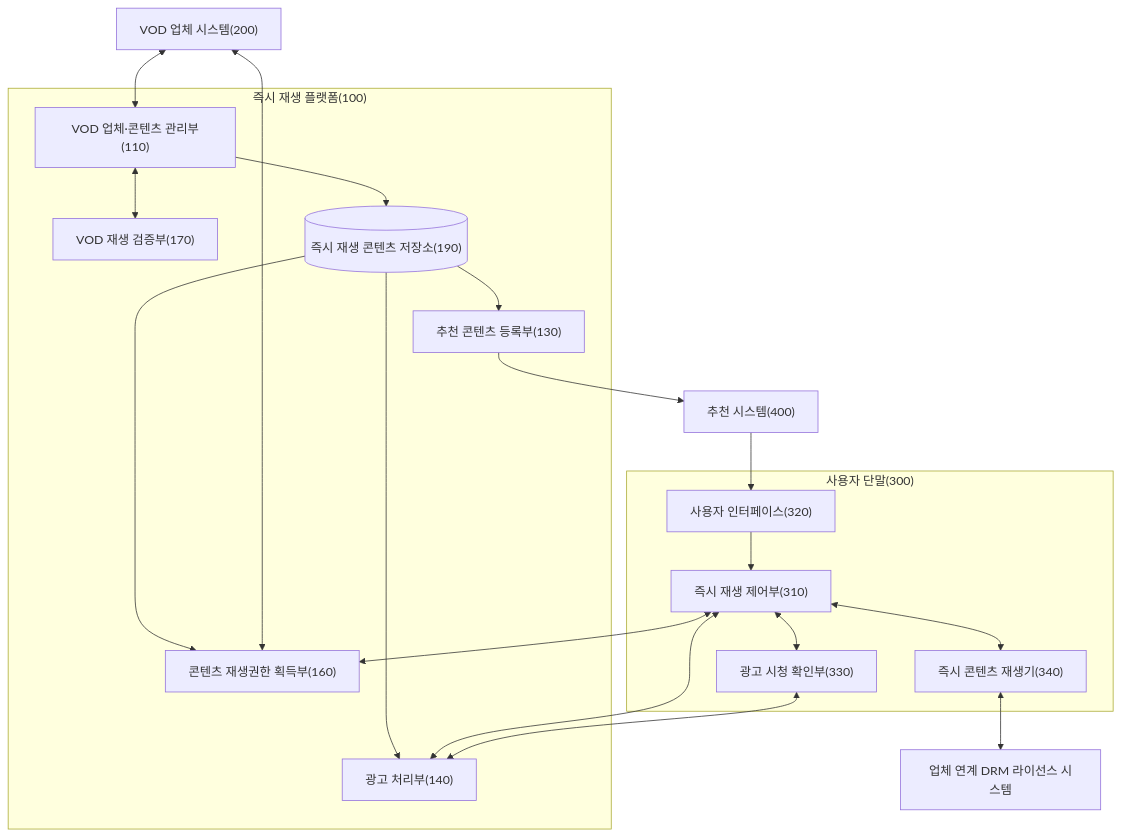
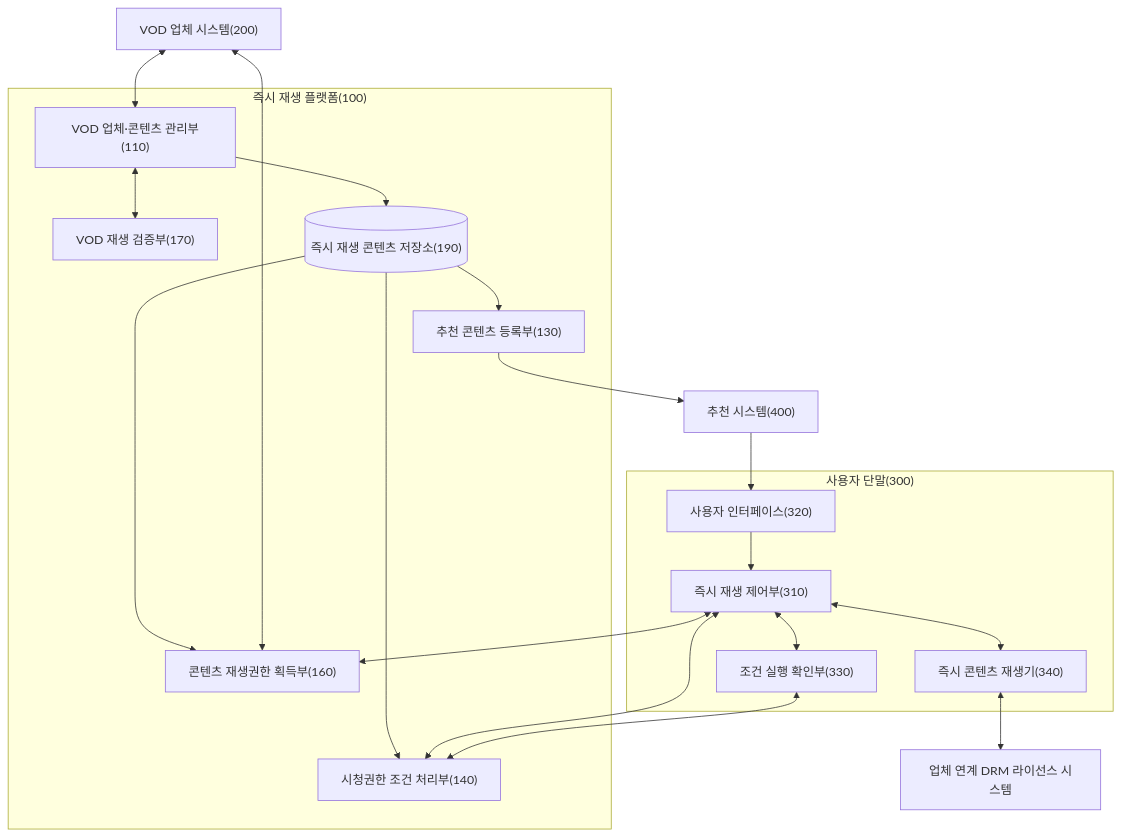
Before and after one commit to growdai1y/instant-play: the eighth of 11 diagrams in instant_play_직무발명서.md, drawn with Mermaid. The commit also changed other lines of this file, not shown here.

````diff
--- a/instant_play_직무발명서.md
+++ b/instant_play_직무발명서.md
@@ -909,39 +1053,39 @@
 ```mermaid
 flowchart TB
     VOD["VOD 업체 시스템(200)"]
     DRM["업체 연계 DRM 라이선스 시스템"]
     RECOMMEND["추천 시스템(400)"]
 
     subgraph PLATFORM["즉시 재생 플랫폼(100)"]
         MANAGE["VOD 업체·콘텐츠 관리부(110)"]
         VERIFY["VOD 재생 검증부(170)"]
         STORE[("즉시 재생 콘텐츠 저장소(190)")]
         RECREG["추천 콘텐츠 등록부(130)"]
-        ADPROC["광고 처리부(140)"]
+        CONDPROC["시청권한 조건 처리부(140)"]
         GRANT["콘텐츠 재생권한 획득부(160)"]
         MANAGE <--> VERIFY
         MANAGE --> STORE
         STORE --> RECREG
-        STORE --> ADPROC
+        STORE --> CONDPROC
         STORE --> GRANT
     end
 
     subgraph DEVICE["사용자 단말(300)"]
         UI["사용자 인터페이스(320)"]
         CTRL["즉시 재생 제어부(310)"]
-        ADCHECK["광고 시청 확인부(330)"]
+        CONDCHECK["조건 실행 확인부(330)"]
         PLAYER["즉시 콘텐츠 재생기(340)"]
         UI --> CTRL
-        CTRL <--> ADCHECK
+        CTRL <--> CONDCHECK
         CTRL <--> PLAYER
     end
 
     VOD <--> MANAGE
     RECREG --> RECOMMEND
     RECOMMEND --> UI
-    CTRL <--> ADPROC
-    ADCHECK <--> ADPROC
+    CTRL <--> CONDPROC
+    CONDCHECK <--> CONDPROC
     CTRL <--> GRANT
     GRANT <--> VOD
     PLAYER <--> DRM
 ```
````
